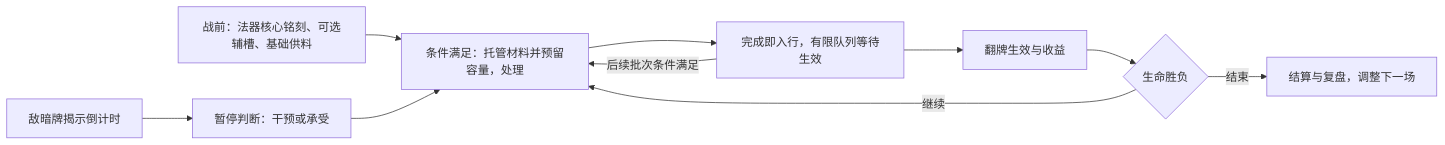
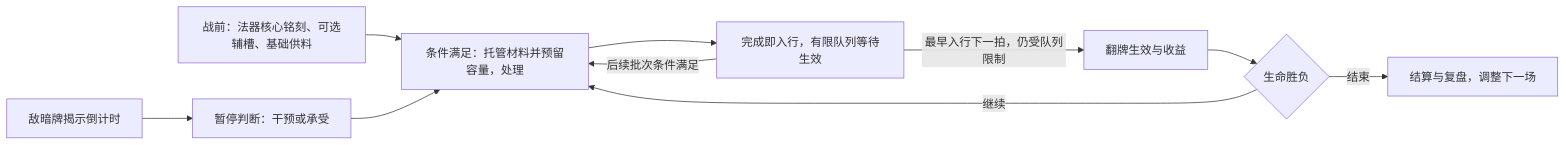
The diagram in yanzhou/design/GDD.md (dsaj4/game_design), drawn with Mermaid before and after one commit. The commit also changed other lines of this file and 29 other files, not shown here.

````diff
--- a/yanzhou/design/GDD.md
+++ b/yanzhou/design/GDD.md
@@ -50,12 +50,12 @@
 ```mermaid
 flowchart LR
     A[战前：法器核心铭刻、可选辅槽、基础供料] --> B[条件满足：托管材料并预留容量，处理]
     B --> C[完成即入行，有限队列等待生效]
-    C --> D[翻牌生效与收益]
+    C -->|最早入行下一拍，仍受队列限制| D[翻牌生效与收益]
     C -->|后续批次条件满足| B
     E[敌暗牌揭示倒计时] --> F[暂停判断：干预或承受]
     F --> B
     D --> G{生命胜负}
     G -->|继续| B
     G -->|结束| H[结算与复盘，调整下一场]
 ```
````
